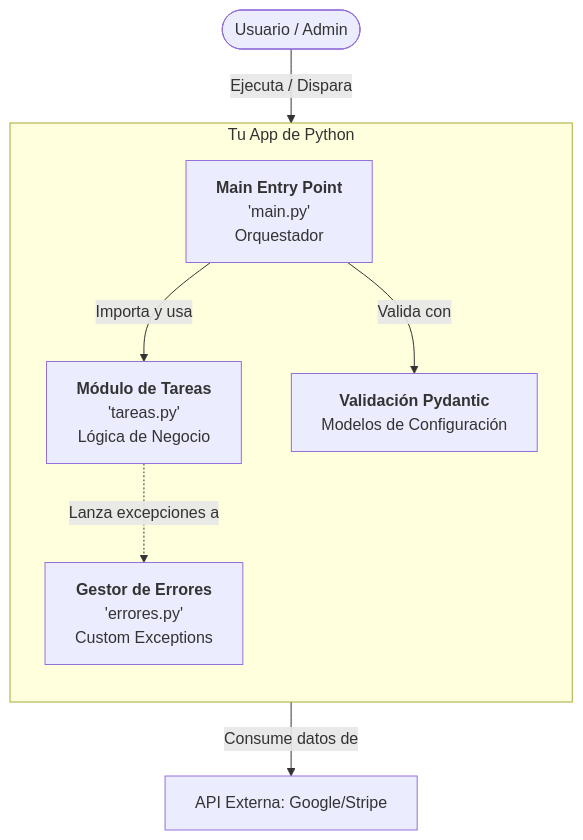
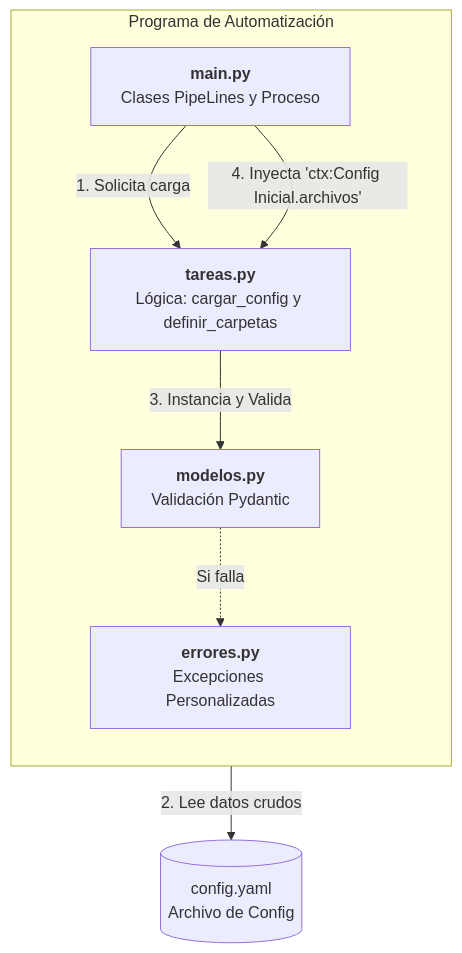
Before and after one commit to CristopherDev63/automatizacion-archivos: the diagram in doc/documentacion_tecnica/index.md, drawn with Mermaid. The commit also changed other lines of this file and 1 other file, not shown here.

Commit message:
documentacion

````diff
--- a/doc/documentacion_tecnica/index.md
+++ b/doc/documentacion_tecnica/index.md
@@ -5,24 +5,22 @@
 ```mermaid 
 graph TB
-    %% Definición de usuarios y sistemas externos
-    User([Usuario / Admin])
-    ExternalAPI[API Externa: Google/Stripe]
+    %% Recursos Externos
+    Config_File[(config.yaml<br/>Archivo de Config)]
 
-    subgraph Sistema_de_Automatizacion_Python [Tu App de Python]
+    subgraph Sistema_Pipeline [Programa de Automatización]
         direction TB
-        Main[<b>Main Entry Point</b><br/>'main.py'<br/>Orquestador]
-        
-        Logic[<b>Módulo de Tareas</b><br/>'tareas.py'<br/>Lógica de Negocio]
-        
-        ErrorH[<b>Gestor de Errores</b><br/>'errores.py'<br/>Custom Exceptions]
-        
-        Config[<b>Validación Pydantic</b><br/>Modelos de Configuración]
+        Main[<b>main.py</b><br/>Clases PipeLines y Proceso]
+        Modelos[<b>modelos.py</b><br/>Validación Pydantic]
+        Tareas[<b>tareas.py</b><br/>Lógica: cargar_config y definir_carpetas]
+        Errores[<b>errores.py</b><br/>Excepciones Personalizadas]
     end
 
-    %% Relaciones
-    User -->|Ejecuta / Dispara| Main
-    Main -->|Importa y usa| Logic
-    Main -->|Valida con| Config
-    Logic -.->|Lanza excepciones a| ErrorH
-    Logic -->|Consume datos de| ExternalAPI
+    %% Flujo de ejecución basado en tu código
+    Main -->|1. Solicita carga| Tareas
+    Tareas -->|2. Lee datos crudos| Config_File
+    Tareas -->|3. Instancia y Valida| Modelos
+    Modelos -.->|Si falla| Errores
+    
+    %% La "magia" de tu Smart-Context
+    Main -->|4. Inyecta 'ctx:Config Inicial.archivos'| Tareas
 ```
````
